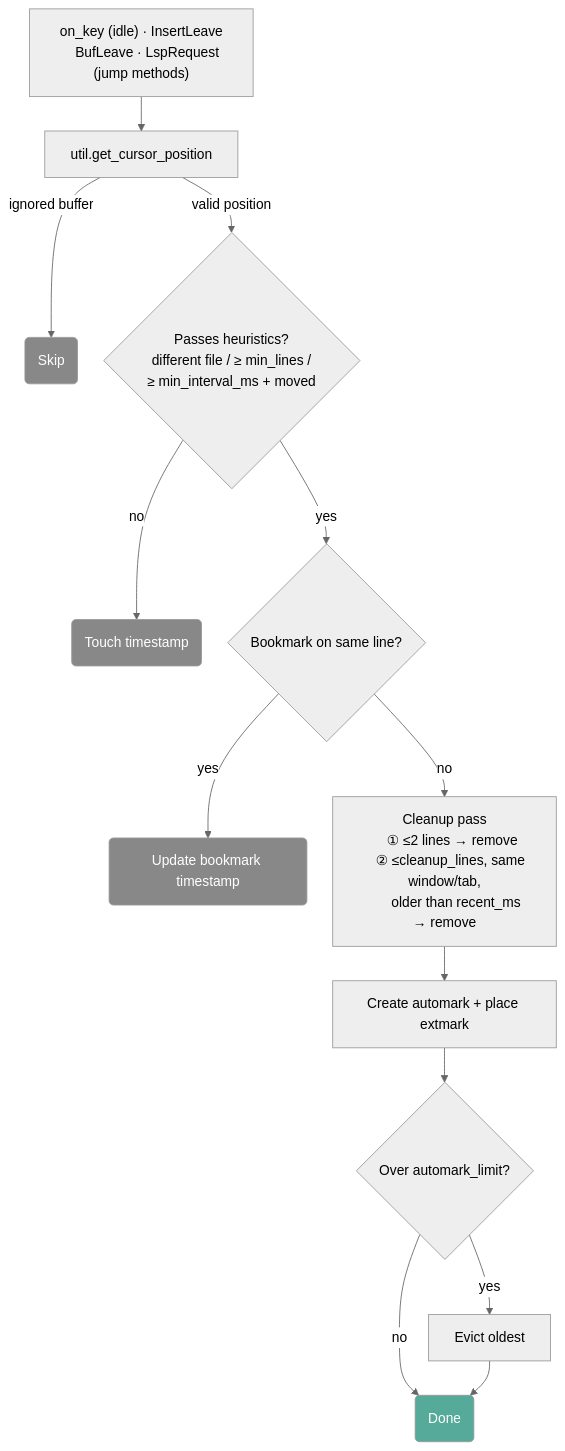
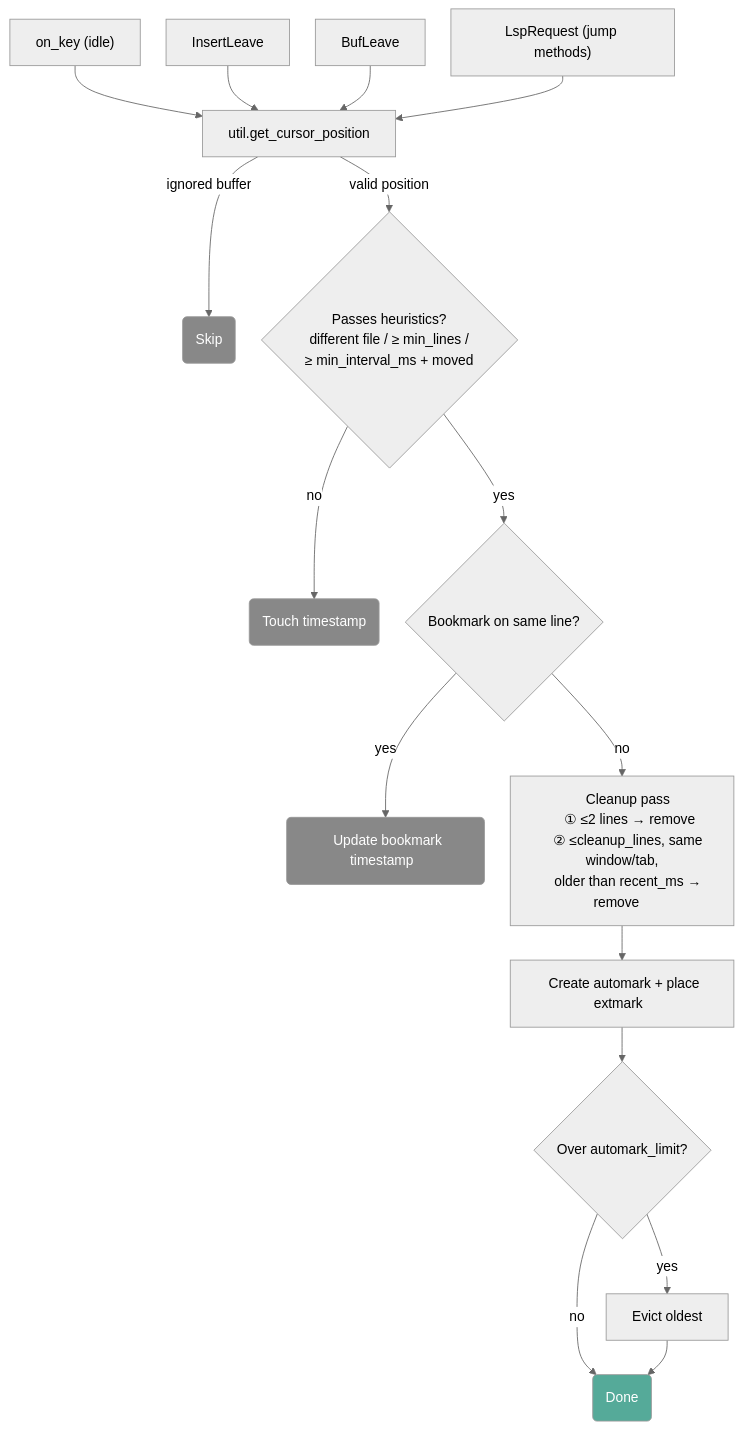
The first of 5 diagrams in ARCHITECTURE.md (pablosgraduation/waymark.nvim), drawn with Mermaid (neutral theme) before and after one commit.

````diff
--- a/ARCHITECTURE.md
+++ b/ARCHITECTURE.md
@@ -81,40 +81,43 @@
 ```mermaid
 ---
 config:
   flowchart:
     nodeSpacing: 30
     rankSpacing: 40
+    useMaxWidth: false
 ---
 flowchart TD
-    triggers["on_key (idle) · InsertLeave
-    BufLeave · LspRequest (jump methods)"]
+    A["on_key (idle)"]
+    B[InsertLeave]
+    C[BufLeave]
+    D["LspRequest (jump methods)"]
 
-    triggers --> E[util.get_cursor_position]
+    A & B & C & D --> E[util.get_cursor_position]
     E -->|ignored buffer| F(Skip)
     E -->|valid position| G
 
     G{"Passes heuristics?
     different file / ≥ min_lines /
     ≥ min_interval_ms + moved"}
     G -->|no| T(Touch timestamp)
     G -->|yes| BK{Bookmark on same line?}
 
-    BK -->|yes| BKU(Update bookmark timestamp)
+    BK -->|yes| BKU("&nbsp;&nbsp;Update bookmark timestamp&nbsp;&nbsp;")
     BK -->|no| CL
 
-    CL["Cleanup pass
+    CL["&nbsp;&nbsp;&nbsp;Cleanup pass
     ① ≤2 lines → remove
     ② ≤cleanup_lines, same window/tab,
-       older than recent_ms → remove"]
+    older than recent_ms → remove&nbsp;&nbsp;&nbsp;"]
 
-    CL --> CR[Create automark + place extmark]
+    CL --> CR["&nbsp;&nbsp;Create automark + place extmark&nbsp;&nbsp;"]
     CR --> EV{Over automark_limit?}
     EV -->|yes| RM[Evict oldest]
     EV -->|no| DN(Done)
     RM --> DN
 
     style F fill:#888,color:#fff
     style T fill:#888,color:#fff
     style BKU fill:#888,color:#fff
     style DN fill:#5a9,color:#fff
 ```
````
